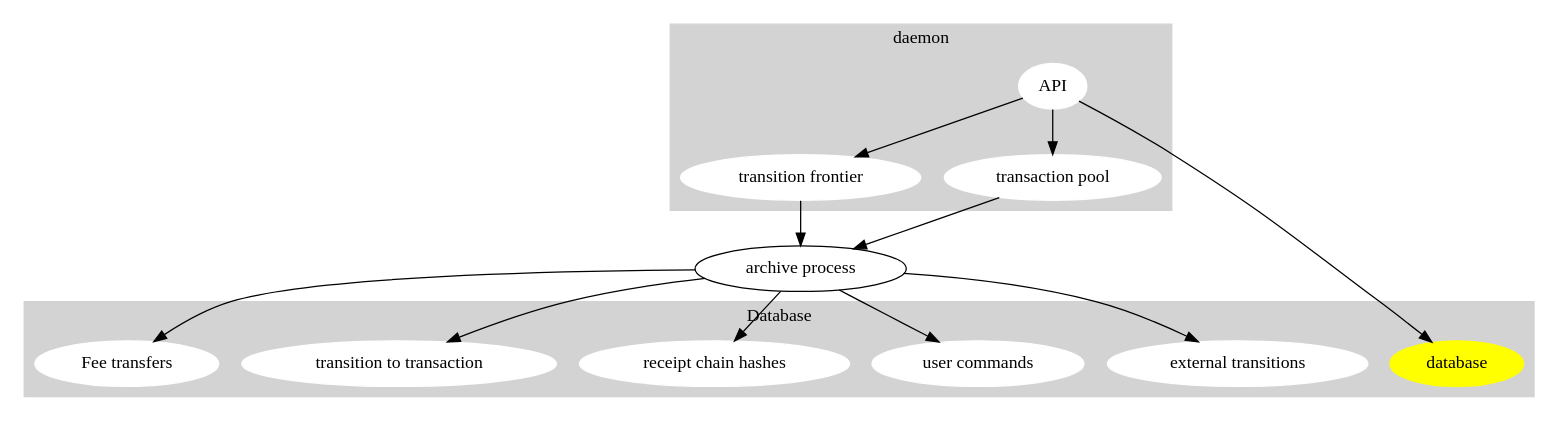
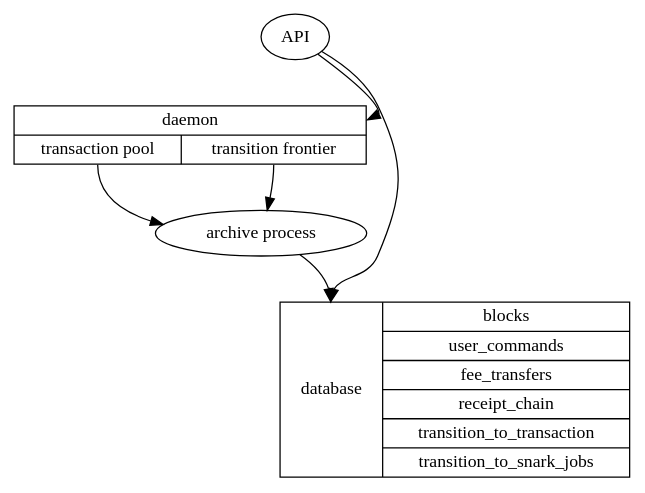
One commit to MinaProtocol/mina changed the diagram in docs/res/client_storage.dot. Above: the diagram before and after it, drawn with Graphviz. The commit also changed 3 other files, not shown here.

```diff
--- a/docs/res/client_storage.dot
+++ b/docs/res/client_storage.dot
@@ -1,45 +1,18 @@
 digraph client_process {
-    
-    subgraph cluster_0 {
-		style=filled;
-		color=lightgrey;
-		node [style=filled,color=white];
-		transition_frontier [label="transition frontier"];
-        transaction_pool [label="transaction pool"];
-        API
-		label = "daemon";
-	}
+
+    daemon [shape=record label="{<daemon>daemon|{<transaction_pool> transaction pool|<transition_frontier> transition frontier}}"]
 
     archive_process [label="archive process"]
 
-    subgraph cluster_2 {
-		style=filled;
-		color=lightgrey;
-		node [style=filled,color=white];
-        blocks [label="external transitions"];
-        user_commands [label="user commands"];
-        receipt_chain_table [label="receipt chain hashes"];
-        transition_to_transaction_table [label="transition to transaction"];
-        fee_transfers [label="Fee transfers"];
-        database [color=yellow]
-        label = "Database"
-    }
+    database [shape=record label="<database>database|{blocks|user_commands|fee_transfers|receipt_chain|transition_to_transaction|transition_to_snark_jobs}"]
 
-    transition_frontier -> archive_process
-    transaction_pool -> archive_process
+    daemon:transaction_pool -> archive_process
+    daemon:transition_frontier -> archive_process
 
-    API -> transition_frontier
-    API -> transaction_pool
-
-    API -> database
-
-    archive_process -> user_commands
-
-    archive_process -> receipt_chain_table
-    archive_process -> transition_to_transaction_table
-    archive_process -> fee_transfers
-    archive_process -> blocks
+    API -> daemon:daemon
 
 
+    API -> database:database
 
+    archive_process -> database:database
 }
```
